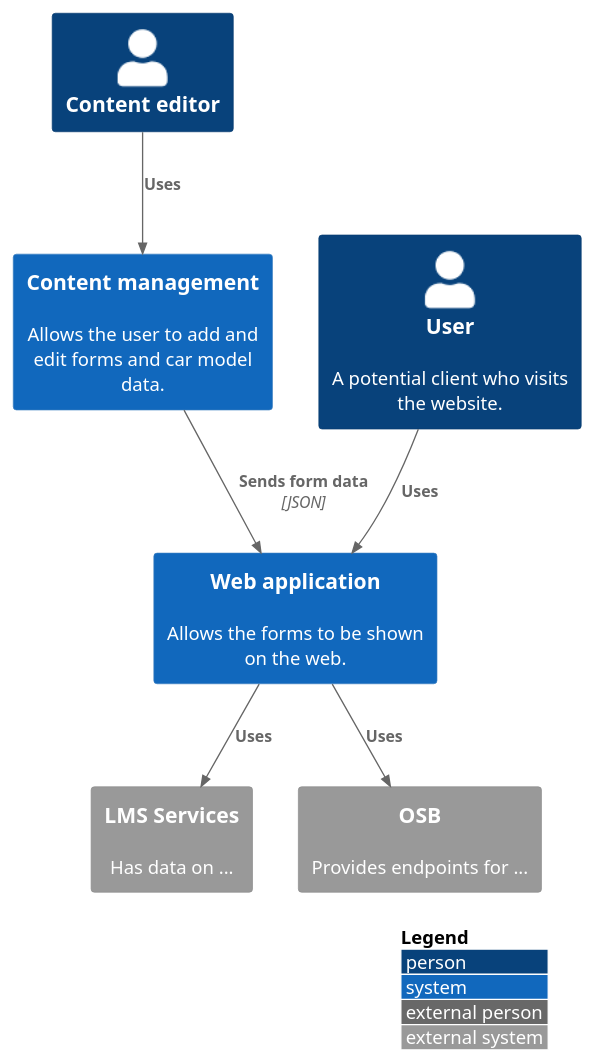
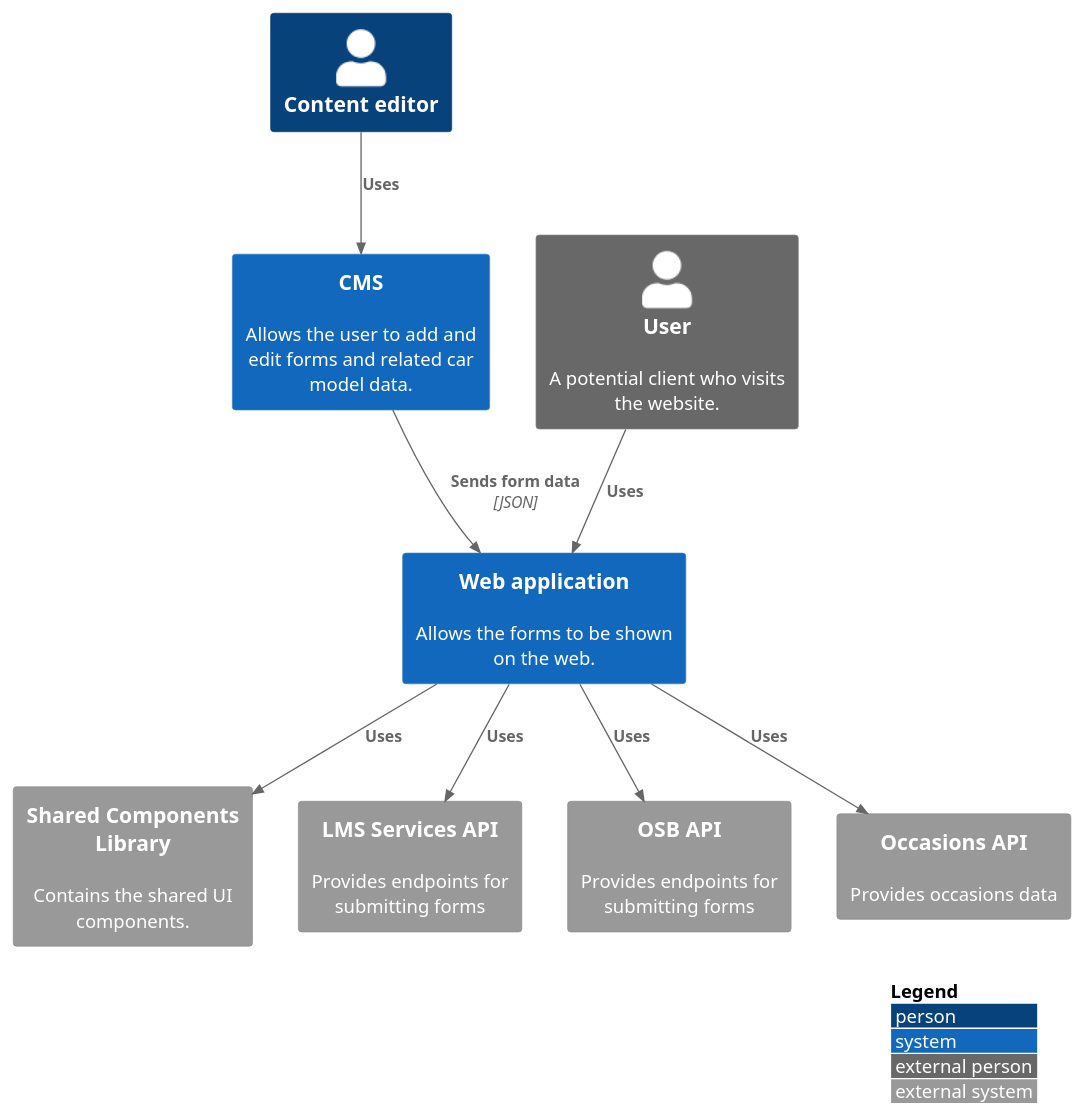
Before and after one commit to gitwazzup/lead-gen-c4: the diagram in src/context.puml, drawn with PlantUML. The commit also changed 9 other files, not shown here.

```diff
--- a/src/context.puml
+++ b/src/context.puml
@@ -1,18 +1,22 @@
 @startuml
 !include https://raw.githubusercontent.com/adrianvlupu/C4-PlantUML/latest/C4_Context.puml
 
 LAYOUT_WITH_LEGEND()
 
 Person(ce, "Content editor")
-Person(user, "User", "A potential client who visits the website.")
-System(cms, "Content management", "Allows the user to add and edit forms and car model data.")
+Person_Ext(user, "User", "A potential client who visits the website.")
+System(cms, "CMS", "Allows the user to add and edit forms and related car model data.")
 System(app, "Web application", "Allows the forms to be shown on the web.")
-System_Ext(lms, "LMS Services", "Has data on ...")
-System_Ext(osb, "OSB", "Provides endpoints for ...")
+System_Ext(cmp, "Shared Components Library", "Contains the shared UI components.")
+System_Ext(lms, "LMS Services API", "Provides endpoints for submitting forms")
+System_Ext(osb, "OSB API", "Provides endpoints for submitting forms")
+System_Ext(occ, "Occasions API", "Provides occasions data")
 
 Rel(ce, cms, "Uses")
 Rel(user, app, "Uses")
 Rel(cms, app, "Sends form data", "JSON")
+Rel(app, cmp, "Uses")
 Rel(app, lms, "Uses")
 Rel(app, osb, "Uses")
+Rel(app, occ, "Uses")
 @enduml
```
